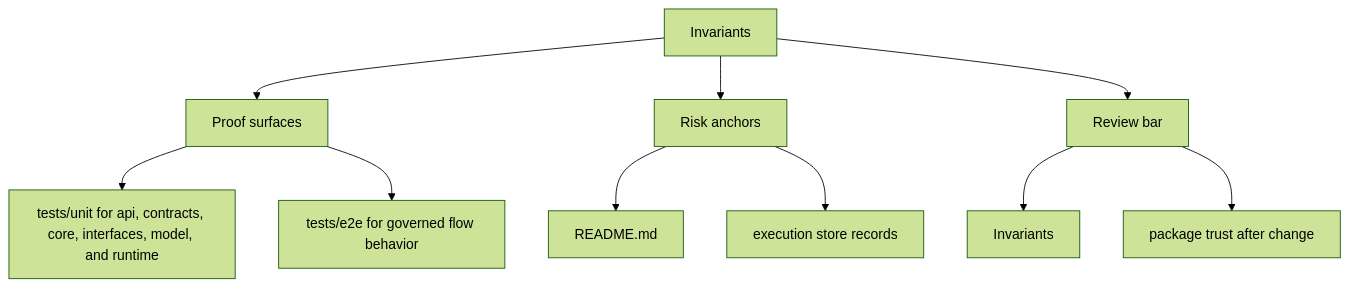
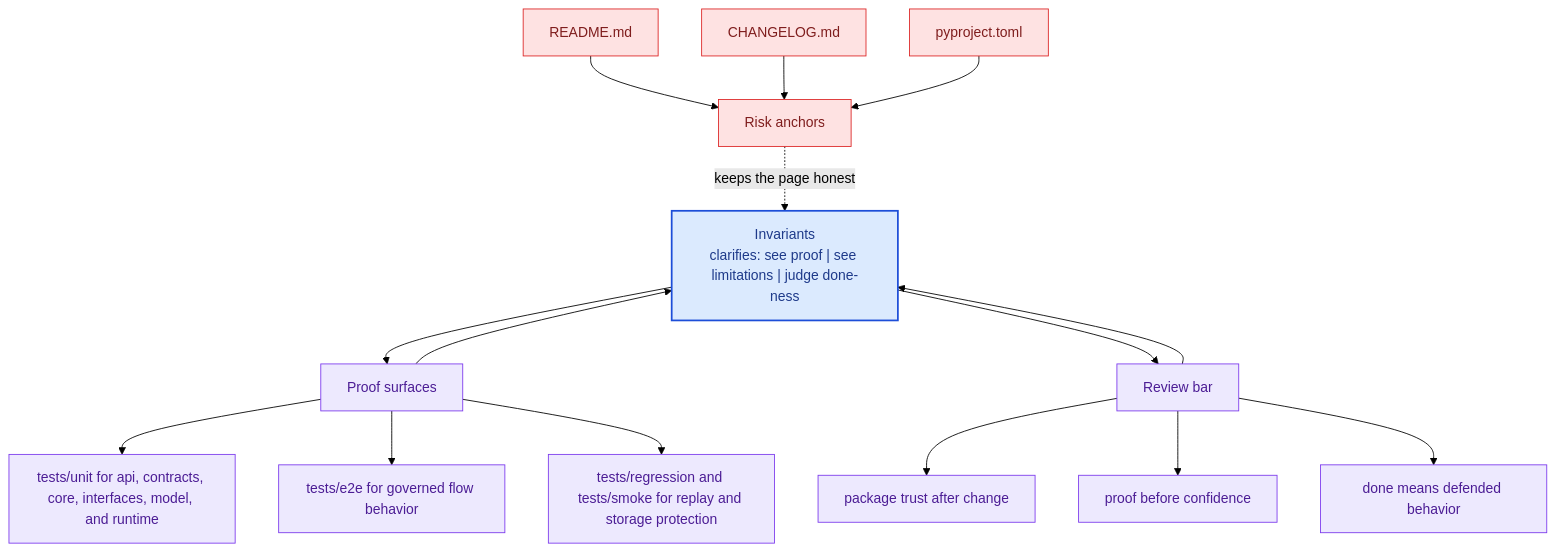
One commit to bijux/bijux-canon changed the second of 2 diagrams in docs/bijux-canon-runtime/quality/invariants.md. Above: the diagram before and after it, drawn with Mermaid (forest theme). The commit also changed other lines of this file and 281 other files, not shown here.

Commit message:
docs(diagrams): deepen handbook mermaid maps across the catalog

````diff
--- a/docs/bijux-canon-runtime/quality/invariants.md
+++ b/docs/bijux-canon-runtime/quality/invariants.md
@@ -34,22 +67,41 @@
 ```mermaid
-flowchart TD
-    page["Invariants"]
+flowchart TB
+    promise["Invariants<br/>clarifies: see proof | see limitations | judge done-ness"]
+    classDef promise fill:#dbeafe,stroke:#1d4ed8,color:#1e3a8a,stroke-width:2px;
+    classDef driver fill:#dcfce7,stroke:#16a34a,color:#14532d;
+    classDef constraint fill:#fee2e2,stroke:#dc2626,color:#7f1d1d;
+    classDef ground fill:#ede9fe,stroke:#7c3aed,color:#4c1d95;
     focus1["Proof surfaces"]
-    page --> focus1
+    focus1 --> promise
+    promise --> focus1
     focus1_1["tests/unit for api, contracts, core, interfaces, model, and runtime"]
     focus1 --> focus1_1
     focus1_2["tests/e2e for governed flow behavior"]
     focus1 --> focus1_2
+    focus1_3["tests/regression and tests/smoke for replay and storage protection"]
+    focus1 --> focus1_3
+    class focus1 ground;
+    class focus1_1,focus1_2,focus1_3 ground;
     focus2["Risk anchors"]
-    page --> focus2
+    focus2 -.keeps the page honest.-> promise
     focus2_1["README.md"]
-    focus2 --> focus2_1
-    focus2_2["execution store records"]
-    focus2 --> focus2_2
+    focus2_1 --> focus2
+    focus2_2["CHANGELOG.md"]
+    focus2_2 --> focus2
+    focus2_3["pyproject.toml"]
+    focus2_3 --> focus2
+    class focus2 constraint;
+    class focus2_1,focus2_2,focus2_3 constraint;
     focus3["Review bar"]
-    page --> focus3
-    focus3_1["Invariants"]
+    focus3 --> promise
+    promise --> focus3
+    focus3_1["package trust after change"]
     focus3 --> focus3_1
-    focus3_2["package trust after change"]
+    focus3_2["proof before confidence"]
     focus3 --> focus3_2
+    focus3_3["done means defended behavior"]
+    focus3 --> focus3_3
+    class focus3 ground;
+    class focus3_1,focus3_2,focus3_3 ground;
+    class promise promise;
 ```
````
